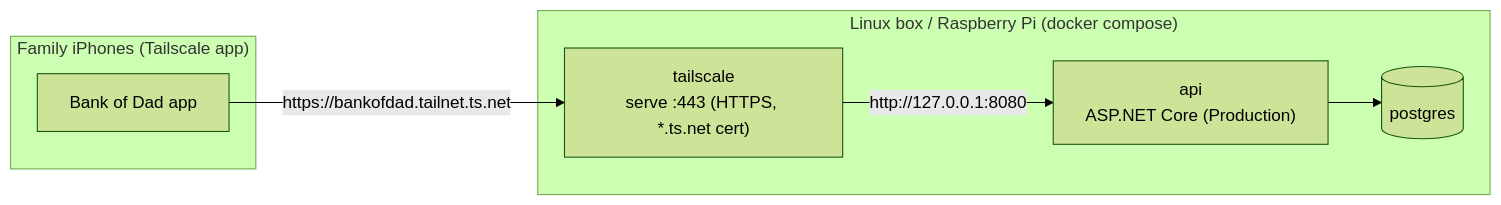
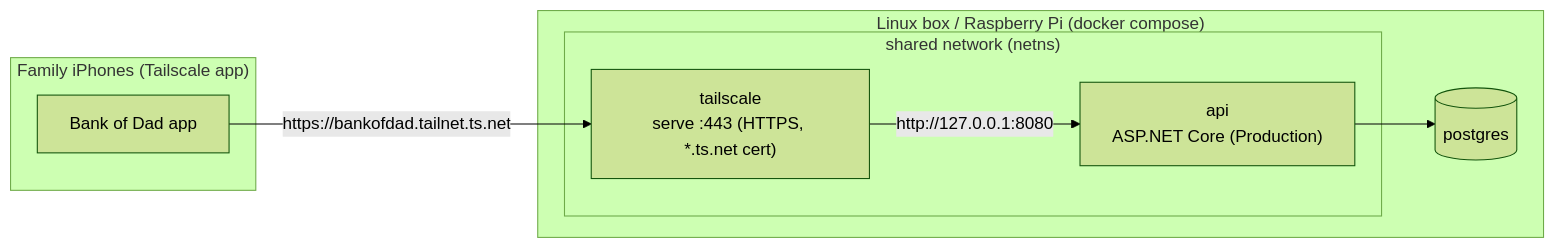
One commit to jpapiez/BankOfDad changed the diagram in deploy/README.md. Above: the diagram before and after it, drawn with Mermaid (forest theme). The commit also changed other lines of this file and 1 other file, not shown here.

Commit message:
Share the deploy network through a pause container
With the API joined to the tailscale container's network, a restart of tailscale outside compose (crash, docker restart) left the API on a dead network, and docker compose up -d did not repair it. A registry.k8s.io/pause container now owns the shared network namespace, so tailscale and api can each restart independently. Verified with docker restart and hard stops of each service.

Refs #10

Copilot-Session: 66bfa029-1397-4f8e-be9a-65b6531f3367

````diff
--- a/deploy/README.md
+++ b/deploy/README.md
@@ -5,14 +5,16 @@
 ```mermaid
 flowchart LR
   subgraph Phones["Family iPhones (Tailscale app)"]
     App["Bank of Dad app"]
   end
   subgraph Box["Linux box / Raspberry Pi (docker compose)"]
-    TS["tailscale<br/>serve :443 (HTTPS, *.ts.net cert)"]
-    API["api<br/>ASP.NET Core (Production)"]
+    subgraph NS["shared network (netns)"]
+      TS["tailscale<br/>serve :443 (HTTPS, *.ts.net cert)"]
+      API["api<br/>ASP.NET Core (Production)"]
+    end
     DB[("postgres")]
   end
   App -- "https://bankofdad.tailnet.ts.net" --> TS
   TS -- "http://127.0.0.1:8080" --> API
   API --> DB
 ```
````
